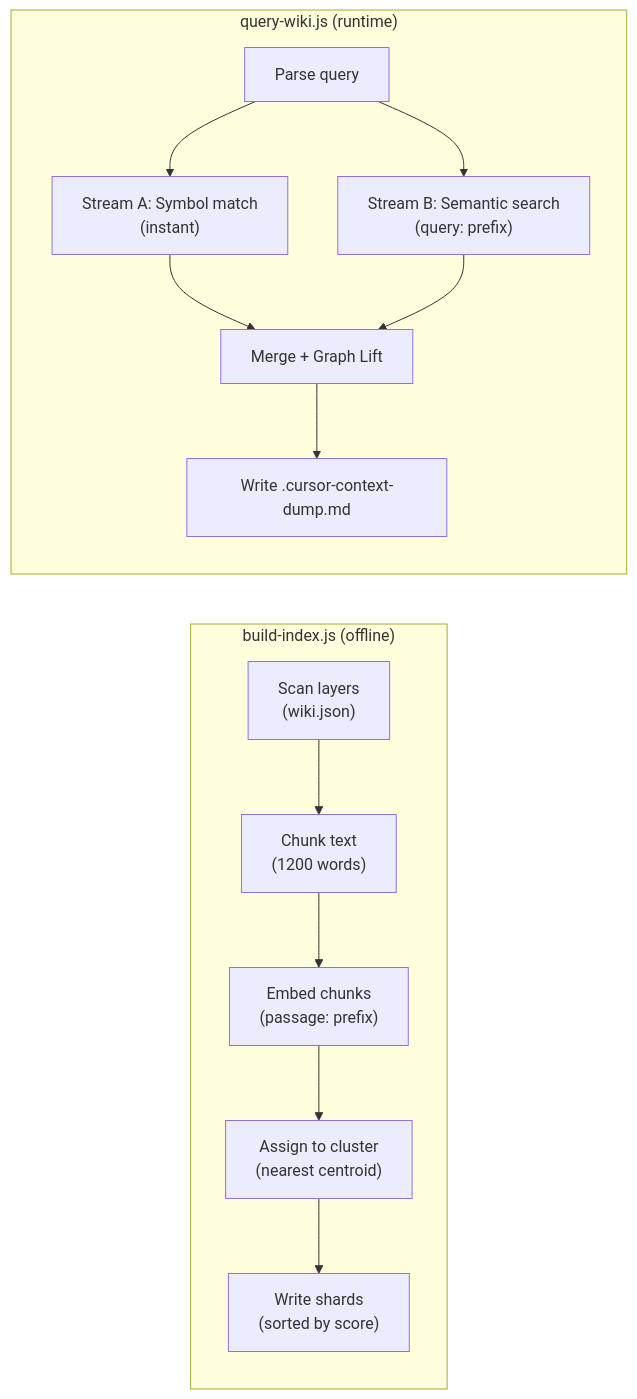
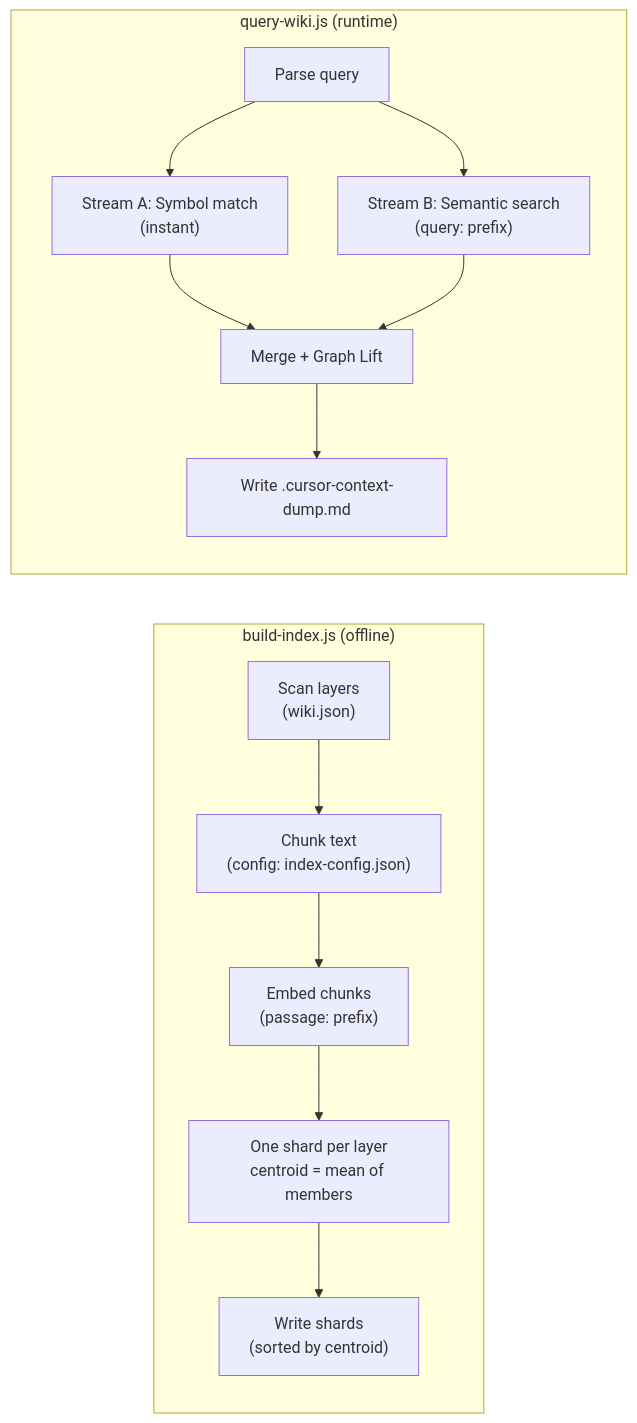
One commit to gDavASko/DavASkoLLMWiki changed the second of 3 diagrams in README.md. Above: the diagram before and after it, drawn with Mermaid. The commit also changed other lines of this file and 4 other files, not shown here.

First line of the commit message:
fix(index): real layer centroids, optional code indexing, ignore shards

````diff
--- a/README.md
+++ b/README.md
@@ -108,17 +108,17 @@
 ```mermaid
 flowchart LR
     subgraph Indexing ["build-index.js (offline)"]
-        A["Scan layers<br/>(wiki.json)"] --> B["Chunk text<br/>(1200 words)"]
+        A["Scan layers<br/>(wiki.json)"] --> B["Chunk text<br/>(config: index-config.json)"]
         B --> C["Embed chunks<br/>(passage: prefix)"]
-        C --> D["Assign to cluster<br/>(nearest centroid)"]
-        D --> E["Write shards<br/>(sorted by score)"]
+        C --> D["One shard per layer<br/>centroid = mean of members"]
+        D --> E["Write shards<br/>(sorted by centroid)"]
     end
 
     subgraph Query ["query-wiki.js (runtime)"]
         F["Parse query"] --> G["Stream A: Symbol match<br/>(instant)"]
         F --> H["Stream B: Semantic search<br/>(query: prefix)"]
         G --> I["Merge + Graph Lift"]
         H --> I
         I --> J["Write .cursor-context-dump.md"]
     end
 ```
````
